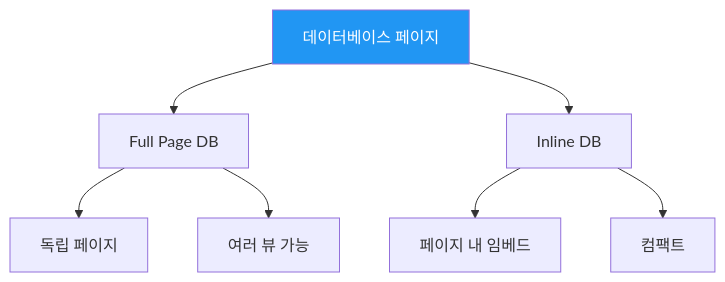
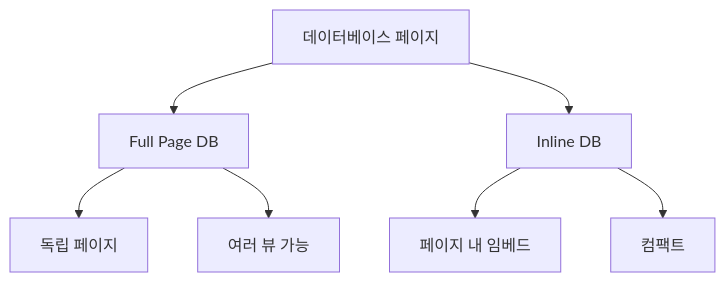
One commit to nugurejeil/weniVooks changed diagram 13 of 26 in _md/genai-notion/chapter07/07-1.md. Above: the diagram before and after it, drawn with Mermaid. The commit also changed other lines of this file and 187 other files, not shown here.

````diff
--- a/_md/genai-notion/chapter07/07-1.md
+++ b/_md/genai-notion/chapter07/07-1.md
@@ -372,13 +348,11 @@
 ```mermaid
 graph TD
     A[데이터베이스 페이지] --> B[Full Page DB]
     A --> C[Inline DB]
 
     B --> B1[독립 페이지]
     B --> B2[여러 뷰 가능]
 
     C --> C1[페이지 내 임베드]
     C --> C2[컴팩트]
-
-    style A fill:#2196F3,color:#fff
 ```
````
